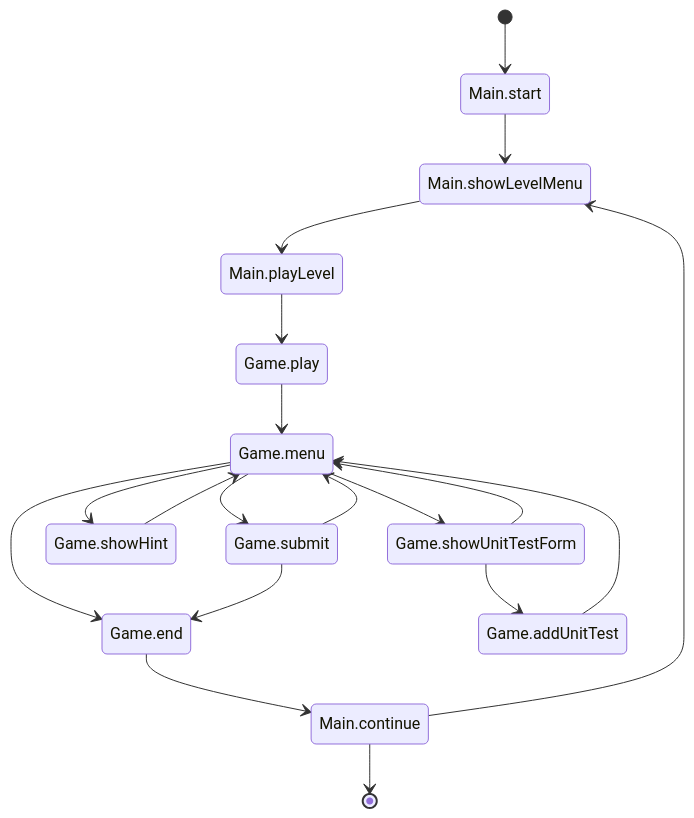
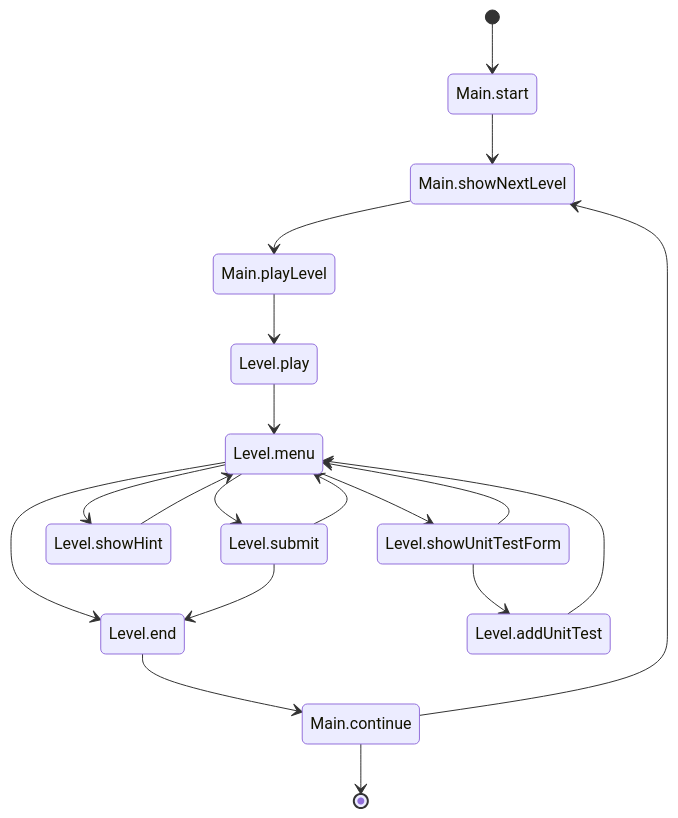
The second of 2 diagrams in README.md (reimf/unittestgame.com), drawn with Mermaid before and after one commit. The commit also changed other lines of this file and 52 other files, not shown here.

````diff
--- a/README.md
+++ b/README.md
@@ -189,21 +68,21 @@
 ```mermaid
 stateDiagram-v2
     [*] --> Main.start
-    Main.start --> Main.showLevelMenu
-    Main.showLevelMenu --> Main.playLevel
-    Main.playLevel --> Game.play
-    Main.continue --> Main.showLevelMenu
+    Main.start --> Main.showNextLevel
+    Main.showNextLevel --> Main.playLevel
+    Main.playLevel --> Level.play
+    Main.continue --> Main.showNextLevel
     Main.continue --> [*]
-    Game.play --> Game.menu
-    Game.menu --> Game.showUnitTestForm
-    Game.menu --> Game.showHint
-    Game.menu --> Game.submit
-    Game.menu --> Game.end
-    Game.showUnitTestForm --> Game.addUnitTest
-    Game.showUnitTestForm --> Game.menu
-    Game.addUnitTest --> Game.menu
-    Game.showHint --> Game.menu
-    Game.submit --> Game.menu
-    Game.submit --> Game.end
-    Game.end --> Main.continue
+    Level.play --> Level.menu
+    Level.menu --> Level.showUnitTestForm
+    Level.menu --> Level.showHint
+    Level.menu --> Level.submit
+    Level.menu --> Level.end
+    Level.showUnitTestForm --> Level.addUnitTest
+    Level.showUnitTestForm --> Level.menu
+    Level.addUnitTest --> Level.menu
+    Level.showHint --> Level.menu
+    Level.submit --> Level.menu
+    Level.submit --> Level.end
+    Level.end --> Main.continue
 ```
````
